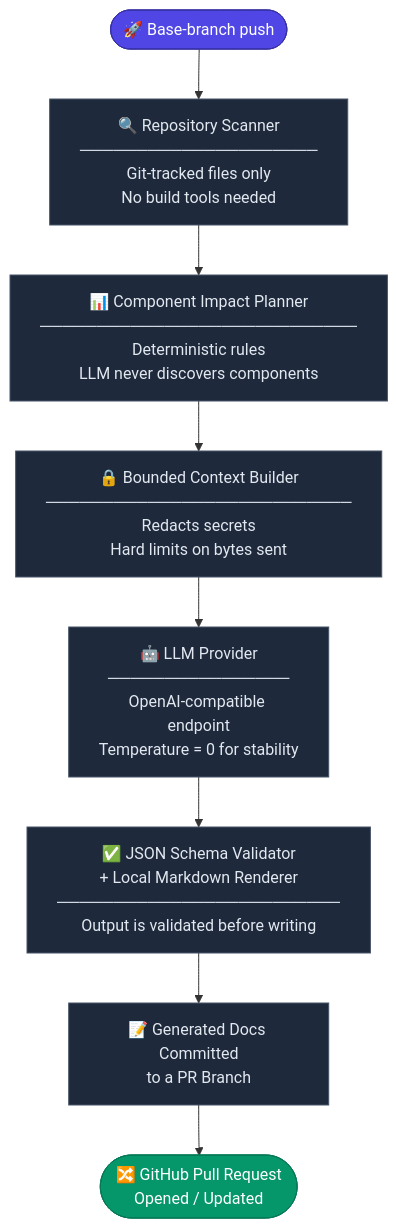
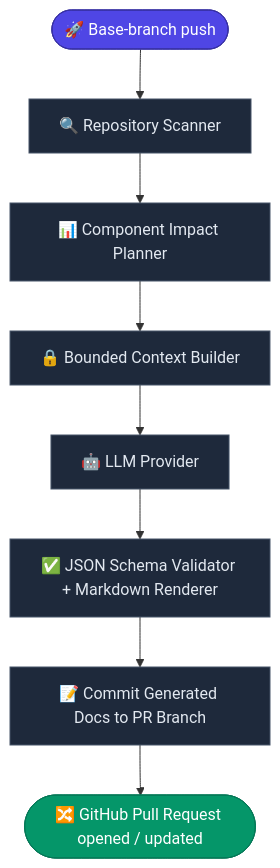
One commit to amit-upadhyay-IT/docify-repo changed the first of 3 diagrams in README.md. Above: the diagram before and after it, drawn with Mermaid. The commit also changed other lines of this file, not shown here.

````diff
--- a/README.md
+++ b/README.md
@@ -67,33 +67,20 @@
 ```mermaid
 flowchart TD
-    A([🚀 Base-branch push]) --> B
-
-    B["🔍 Repository Scanner\n─────────────────────\nGit-tracked files only\nNo build tools needed"]
-    B --> C
-
-    C["📊 Component Impact Planner\n────────────────────────────\nDeterministic rules\nLLM never discovers components"]
-    C --> D
-
-    D["🔒 Bounded Context Builder\n───────────────────────────\nRedacts secrets\nHard limits on bytes sent"]
-    D --> E
-
-    E["🤖 LLM Provider\n────────────────\nOpenAI-compatible endpoint\nTemperature = 0 for stability"]
-    E --> F
-
-    F["✅ JSON Schema Validator\n+ Local Markdown Renderer\n─────────────────────────\nOutput is validated before writing"]
-    F --> G
-
-    G["📝 Generated Docs Committed\nto a PR Branch"]
-    G --> H
-
-    H([🔀 GitHub Pull Request\nOpened / Updated])
+    A(["🚀 Base-branch push"]) --> B
+    B["🔍 Repository Scanner"] --> C
+    C["📊 Component Impact Planner"] --> D
+    D["🔒 Bounded Context Builder"] --> E
+    E["🤖 LLM Provider"] --> F
+    F["✅ JSON Schema Validator + Markdown Renderer"] --> G
+    G["📝 Commit Generated Docs to PR Branch"] --> H
+    H(["🔀 GitHub Pull Request opened / updated"])
 
     style A fill:#4f46e5,color:#fff,stroke:#3730a3
     style H fill:#059669,color:#fff,stroke:#047857
     style B fill:#1e293b,color:#e2e8f0,stroke:#475569
     style C fill:#1e293b,color:#e2e8f0,stroke:#475569
     style D fill:#1e293b,color:#e2e8f0,stroke:#475569
     style E fill:#1e293b,color:#e2e8f0,stroke:#475569
     style F fill:#1e293b,color:#e2e8f0,stroke:#475569
     style G fill:#1e293b,color:#e2e8f0,stroke:#475569
 ```
````
